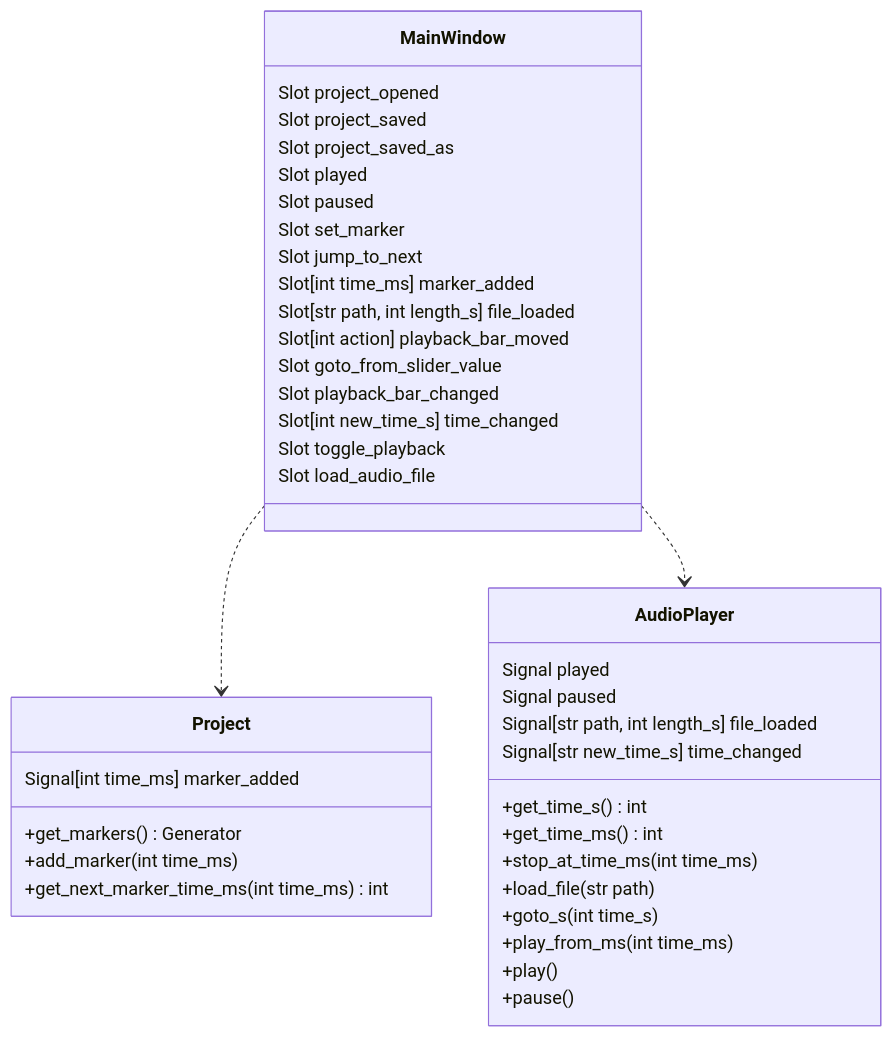
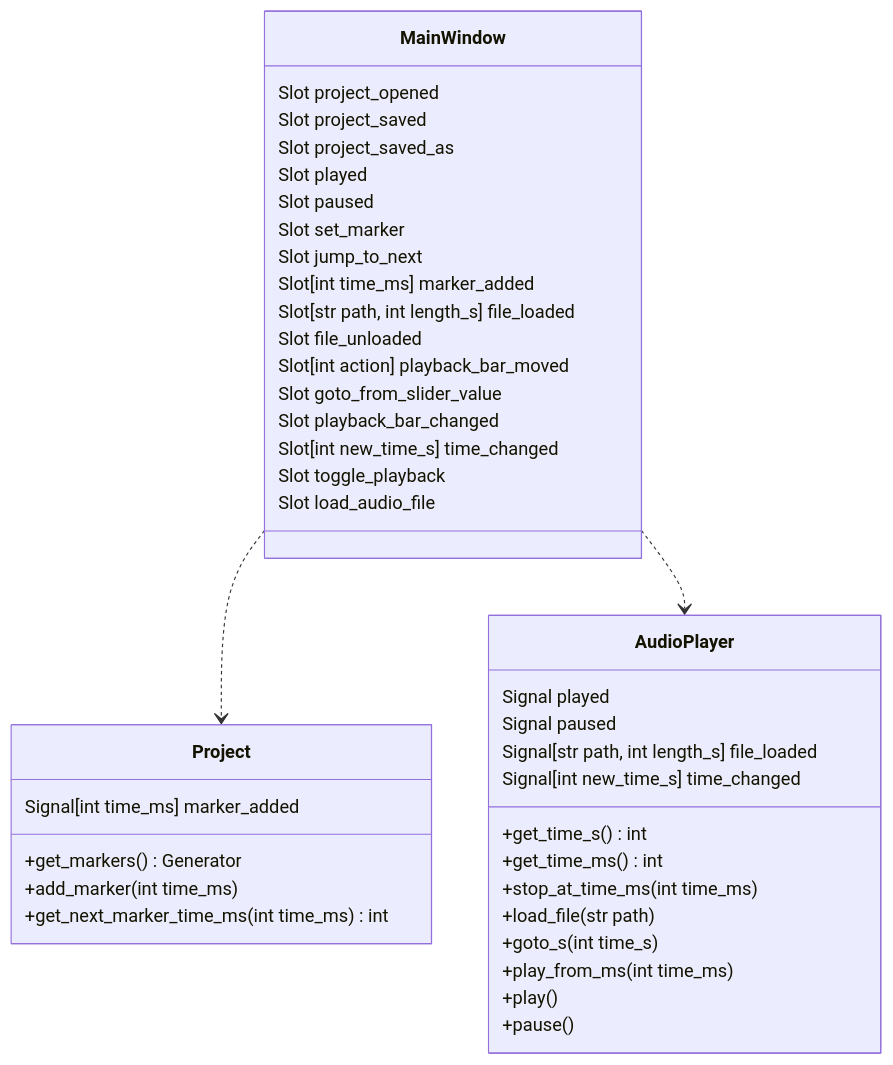
The first of 2 diagrams in dokumentaatio/arkkitehtuuri.md (fallmx/ot-harjoitustyo), drawn with Mermaid before and after one commit. The commit also changed 4 other files, not shown here.

````diff
--- a/dokumentaatio/arkkitehtuuri.md
+++ b/dokumentaatio/arkkitehtuuri.md
@@ -8,42 +8,43 @@
 ```mermaid
 classDiagram
     MainWindow..>Project
     MainWindow..>AudioPlayer
     class MainWindow{
         Slot project_opened
         Slot project_saved
         Slot project_saved_as
         Slot played
         Slot paused
         Slot set_marker
         Slot jump_to_next
         Slot[int time_ms] marker_added
         Slot[str path, int length_s] file_loaded
+        Slot file_unloaded
         Slot[int action] playback_bar_moved
         Slot goto_from_slider_value
         Slot playback_bar_changed
         Slot[int new_time_s] time_changed
         Slot toggle_playback
         Slot load_audio_file
     }
     class Project{
         Signal[int time_ms] marker_added
         +get_markers() Generator
         +add_marker(int time_ms)
         +get_next_marker_time_ms(int time_ms) int
     }
     class AudioPlayer{
         Signal played
         Signal paused
         Signal[str path, int length_s] file_loaded
-        Signal[str new_time_s] time_changed
+        Signal[int new_time_s] time_changed
         +get_time_s() int
         +get_time_ms() int
         +stop_at_time_ms(int time_ms)
         +load_file(str path)
         +goto_s(int time_s)
         +play_from_ms(int time_ms)
         +play()
         +pause()
     }
 ```
````
